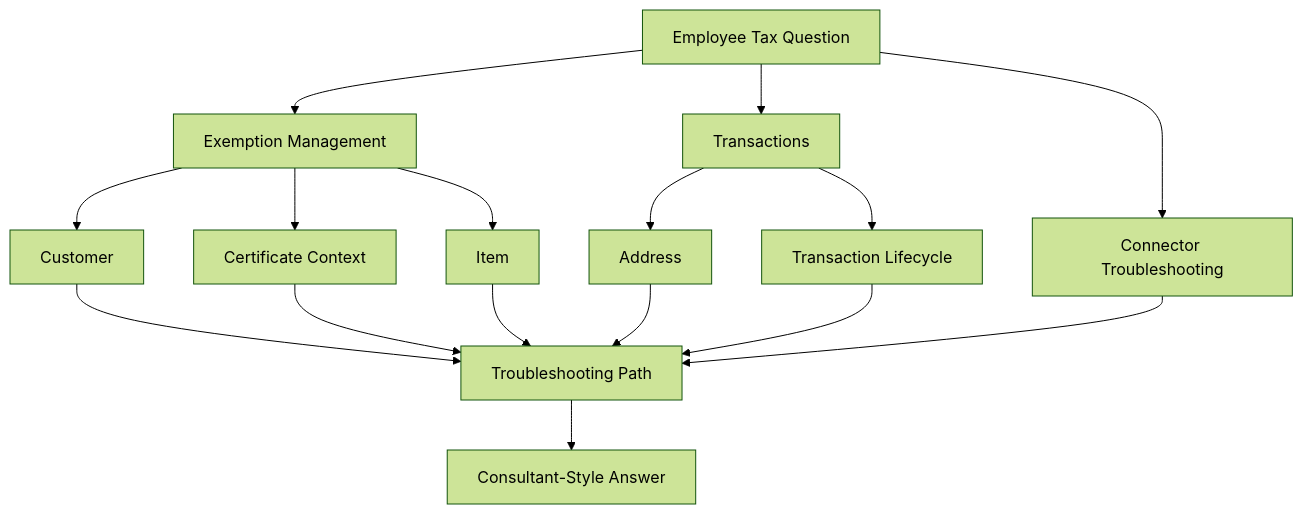
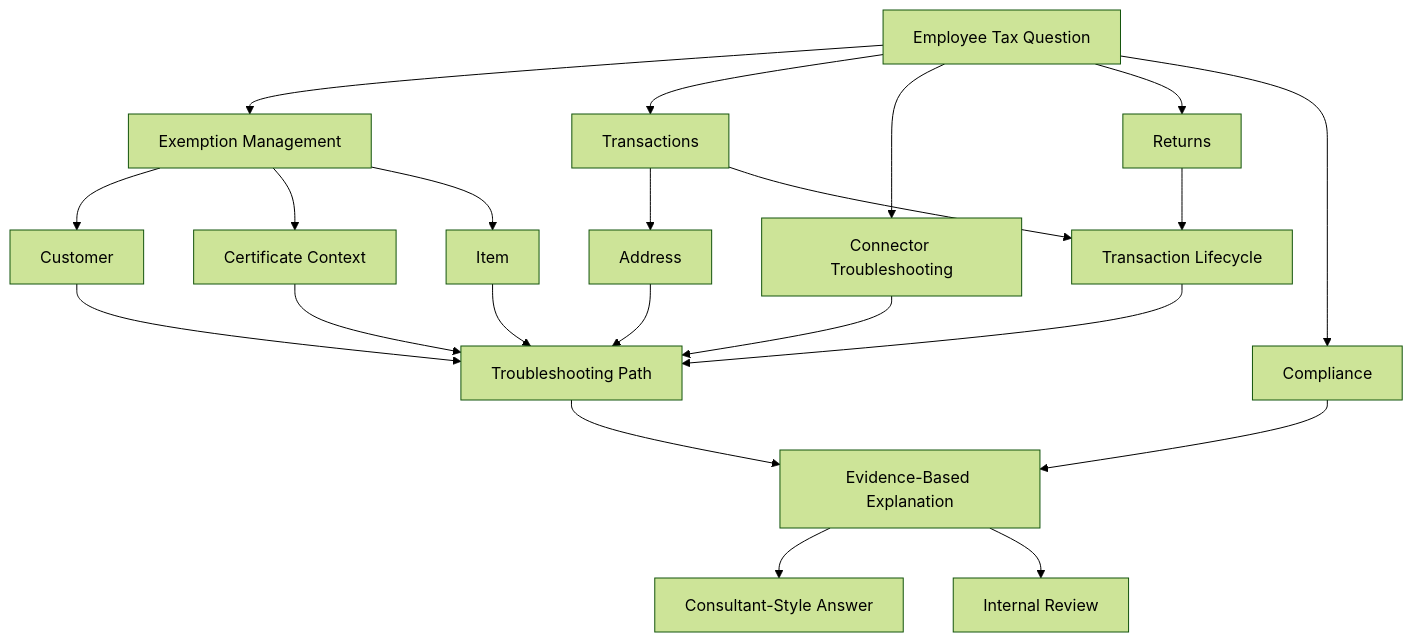
The sixth of 7 diagrams in docs/integrations/avalara/README.md (SnugsV/NetSuite-Knowledge-Base-General), drawn with Mermaid (forest theme) before and after one commit. The commit also changed other lines of this file, not shown here.

Commit message:
Update Avalara hub with returns and compliance clusters

````diff
--- a/docs/integrations/avalara/README.md
+++ b/docs/integrations/avalara/README.md
@@ -183,30 +284,40 @@
 ```mermaid
 flowchart TD
     Question[Employee Tax Question]
     Exemptions[Exemption Management]
     Transactions[Transactions]
     Connector[Connector Troubleshooting]
+    Returns[Returns]
+    Compliance[Compliance]
     Customer[Customer]
     Address[Address]
     Item[Item]
     Certificate[Certificate Context]
     Lifecycle[Transaction Lifecycle]
     Troubleshooting[Troubleshooting Path]
+    Evidence[Evidence-Based Explanation]
+    Internal[Internal Review]
     Answer[Consultant-Style Answer]
 
     Question --> Exemptions
     Question --> Transactions
     Question --> Connector
+    Question --> Returns
+    Question --> Compliance
     Exemptions --> Customer
     Exemptions --> Certificate
     Exemptions --> Item
     Transactions --> Address
     Transactions --> Lifecycle
     Connector --> Troubleshooting
+    Returns --> Lifecycle
+    Compliance --> Evidence
     Customer --> Troubleshooting
     Address --> Troubleshooting
     Item --> Troubleshooting
     Certificate --> Troubleshooting
     Lifecycle --> Troubleshooting
-    Troubleshooting --> Answer
+    Troubleshooting --> Evidence
+    Evidence --> Answer
+    Evidence --> Internal
 ```
````
